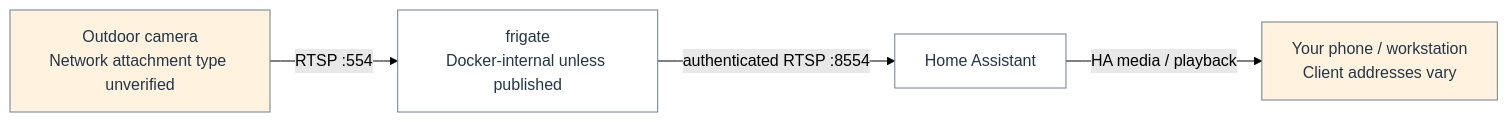
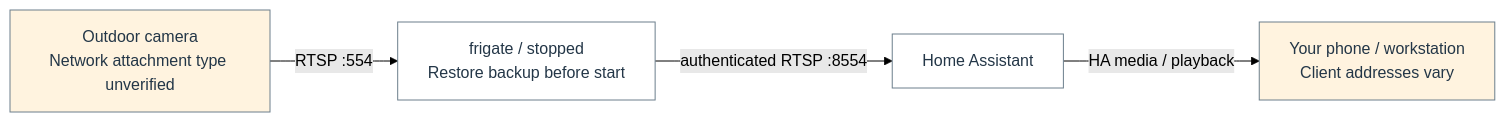
Before and after one commit to Harsh-2002/Homelab: the ninth of 22 diagrams in docs/architecture/homelab-mermaid.md, drawn with Mermaid (forest theme). The commit also changed other lines of this file and 77 other files, not shown here.

````diff
--- a/docs/architecture/homelab-mermaid.md
+++ b/docs/architecture/homelab-mermaid.md
@@ -401,14 +407,14 @@
 ```mermaid
 flowchart LR
   n_flow_10_0["Outdoor camera<br/>Network attachment type unverified"]
-  n_flow_10_1["frigate<br/>Docker-internal unless published"]
+  n_flow_10_1["frigate / stopped<br/>Restore backup before start"]
   n_flow_10_2["Home Assistant"]
   n_flow_10_3["Your phone / workstation<br/>Client addresses vary"]
   n_flow_10_0 -->|"RTSP :554"| n_flow_10_1
   n_flow_10_1 -->|"authenticated RTSP :8554"| n_flow_10_2
   n_flow_10_2 -->|"HA media / playback"| n_flow_10_3
   classDef c_flow_10_0 fill:#fff3df,stroke:#6c7f8c,color:#233647;
   class n_flow_10_0,n_flow_10_3 c_flow_10_0;
   classDef c_flow_10_1 fill:#ffffff,stroke:#6c7f8c,color:#233647;
   class n_flow_10_1,n_flow_10_2 c_flow_10_1;
 ```
````
